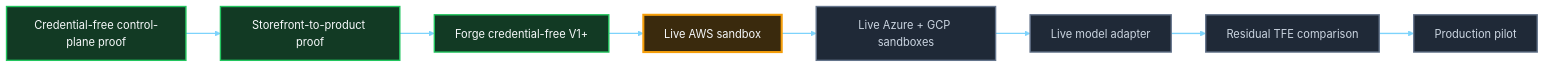
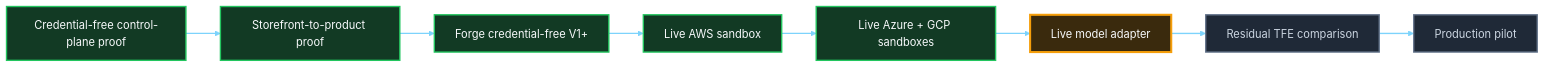
Before and after one commit to SAABOLImpactVenture/ai-powered-infrastructure-as-a-product: the sixth of 6 diagrams in README.md, drawn with Mermaid (base theme). The commit also changed other lines of this file and 1 other file, not shown here.

Commit message:
docs: reconcile Forge multi-cloud Phase 19 evidence (#132)
Update the architecture front door from proven Forge AWS, Azure, and GCP evidence while preserving the frozen Guard boundary and separate model, TFE, and production gates.

````diff
--- a/README.md
+++ b/README.md
@@ -556,18 +556,18 @@
 ```mermaid
 flowchart LR
   G0[Credential-free control-plane proof] --> G1[Storefront-to-product proof]
   G1 --> G2[Forge credential-free V1+]
   G2 --> G3[Live AWS sandbox]
   G3 --> G4[Live Azure + GCP sandboxes]
   G4 --> G5[Live model adapter]
   G5 --> G6[Residual TFE comparison]
   G6 --> G7[Production pilot]
 
   classDef complete fill:#123A24,stroke:#22C55E,stroke-width:2px,color:#F8FAFC
   classDef next fill:#3A2A0D,stroke:#F59E0B,stroke-width:3px,color:#F8FAFC
   classDef future fill:#1F2937,stroke:#64748B,stroke-width:2px,color:#CBD5E1
-  class G0,G1,G2 complete
-  class G3 next
-  class G4,G5,G6,G7 future
+  class G0,G1,G2,G3,G4 complete
+  class G5 next
+  class G6,G7 future
   linkStyle default stroke:#7DD3FC,stroke-width:2px
 ```
````
